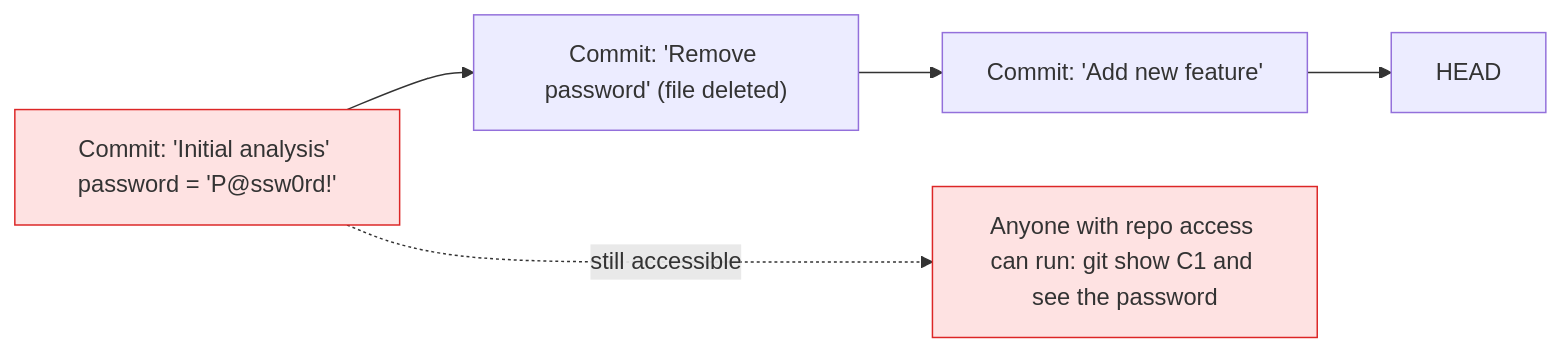
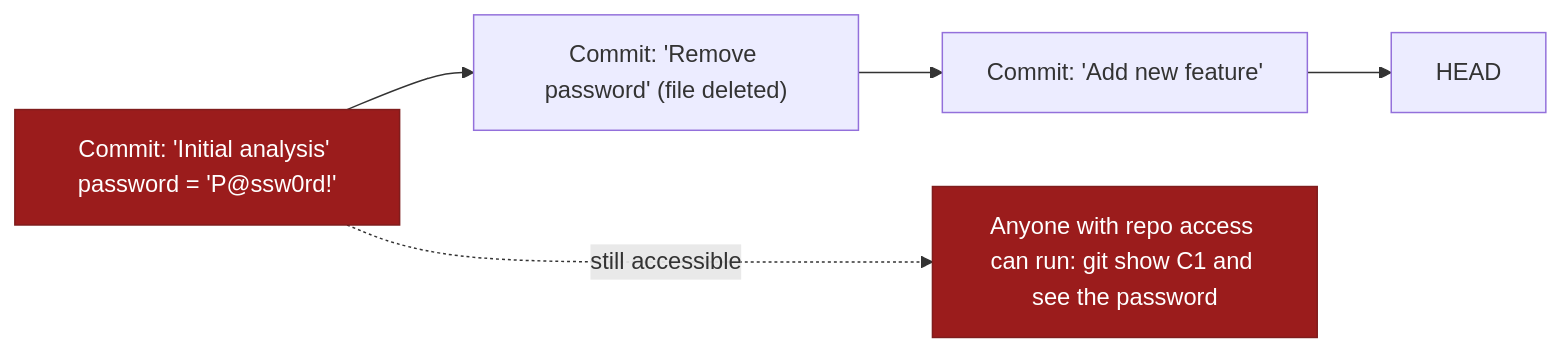
Before and after one commit to Ch3w3y/docker_gcp: the diagram in docs/code-sanitisation.md, drawn with Mermaid. The commit also changed 11 other files, not shown here.

First line of the commit message:
Fix/mermaid contrast and linebreaks (#17)

````diff
--- a/docs/code-sanitisation.md
+++ b/docs/code-sanitisation.md
@@ -15,14 +15,14 @@
 ```mermaid
 flowchart LR
     C1["Commit: 'Initial analysis' password = 'P@ssw0rd!'"] --> C2
     C2["Commit: 'Remove password' (file deleted)"] --> C3
     C3["Commit: 'Add new feature'"] --> C4
     C4["HEAD"]
 
     BAD["Anyone with repo access can run: git show C1 and see the password"]
 
     C1 -..->|"still accessible"| BAD
 
-    style C1 fill:#fee2e2,stroke:#dc2626
-    style BAD fill:#fee2e2,stroke:#dc2626
+    style C1 fill:#9b1c1c,stroke:#7f1d1d,color:#ffffff
+    style BAD fill:#9b1c1c,stroke:#7f1d1d,color:#ffffff
 ```
````
